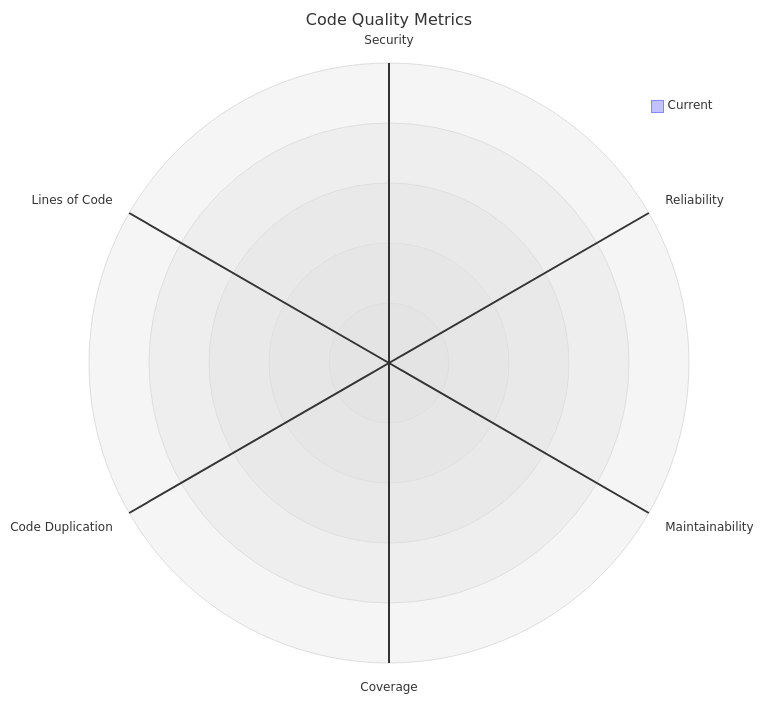
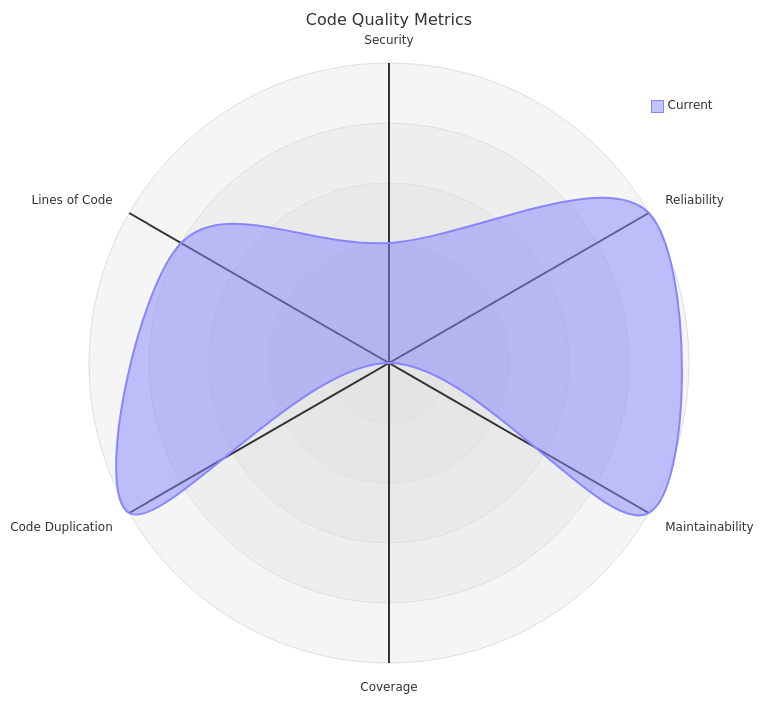
One commit to merlinbecker/CodexMiroir changed the diagram in codequality/report.md. Above: the diagram before and after it, drawn with Mermaid. The commit also changed other lines of this file, not shown here.

````diff
--- a/codequality/report.md
+++ b/codequality/report.md
@@ -5,11 +3,11 @@
 ```mermaid
 ---
 title: "Code Quality Metrics"
 ---
 radar-beta
   axis s["Security"], r["Reliability"], m["Maintainability"]
   axis c["Coverage"], d["Code Duplication"], l["Lines of Code"]
-  curve current["Current"]{0, 0, 0, 0, 0, 0}
+  curve current["Current"]{2, 5, 5, 0, 5, 4}
   max 5
   min 0
 ```
````
